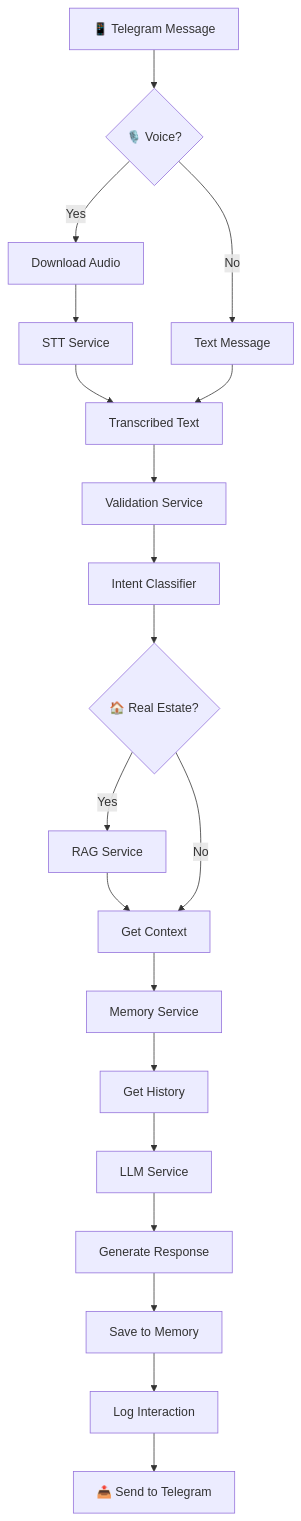
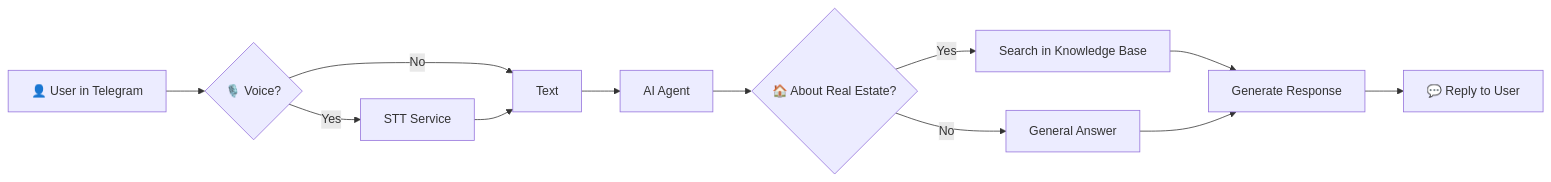
Before and after one commit to LizaKevbrina/ai-agent-n8n: the diagram in README.md, drawn with Mermaid. The commit also changed other lines of this file, not shown here.

````diff
--- a/README.md
+++ b/README.md
@@ -89,22 +164,14 @@
 ```mermaid
-flowchart TD
-    A[📱 Telegram Message] --> B{🎙️ Voice?}
-    B -->|Yes| C[Download Audio]
-    C --> D[STT Service]
-    D --> E[Transcribed Text]
-    B -->|No| F[Text Message]
-    F --> E
-    E --> G[Validation Service]
-    G --> H[Intent Classifier]
-    H --> I{🏠 Real Estate?}
-    I -->|Yes| J[RAG Service]
-    J --> K[Get Context]
-    I -->|No| K
-    K --> L[Memory Service]
-    L --> M[Get History]
-    M --> N[LLM Service]
-    N --> O[Generate Response]
-    O --> P[Save to Memory]
-    P --> Q[Log Interaction]
-    Q --> R[📤 Send to Telegram]
+flowchart LR
+    A[👤 User in Telegram] --> B{🎙️ Voice?}
+    B -->|Yes| C[STT Service]
+    B -->|No| D[Text]
+    C --> D
+    D --> E[AI Agent]
+    E --> F{🏠 About Real Estate?}
+    F -->|Yes| G[Search in Knowledge Base]
+    F -->|No| H[General Answer]
+    G --> I[Generate Response]
+    H --> I
+    I --> J[💬 Reply to User]
 ```
````
